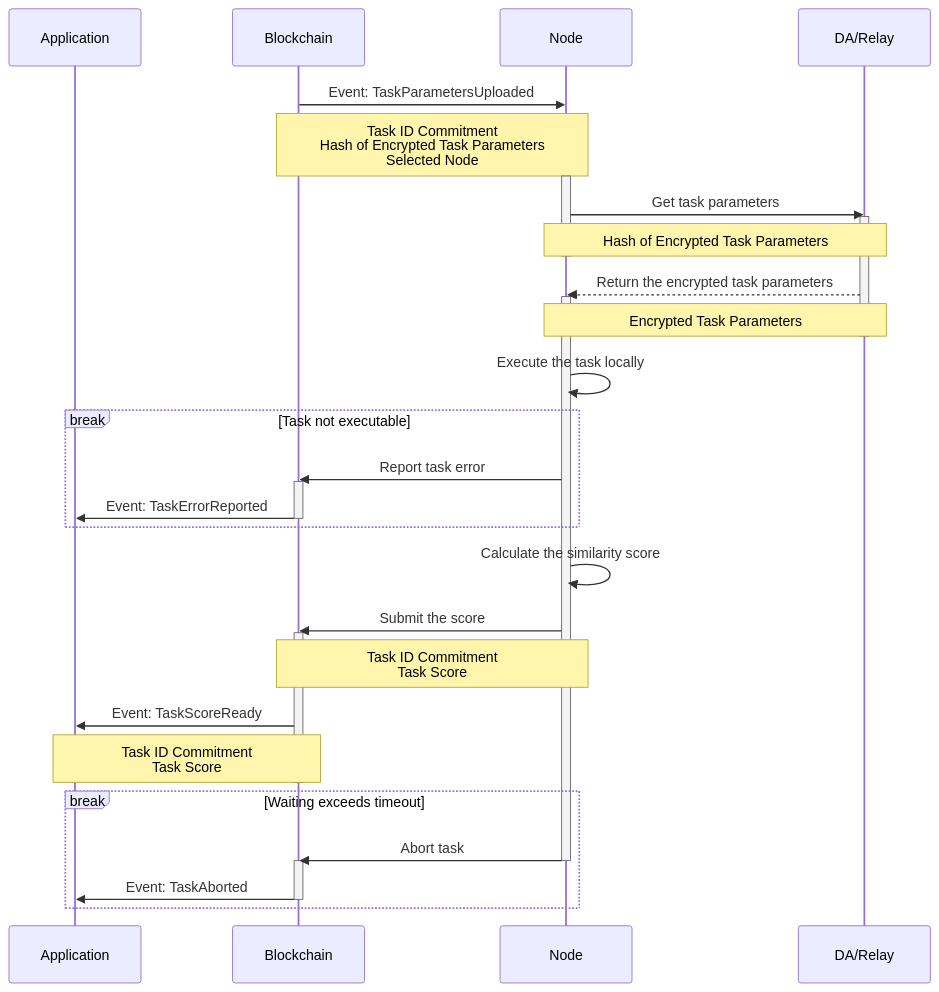
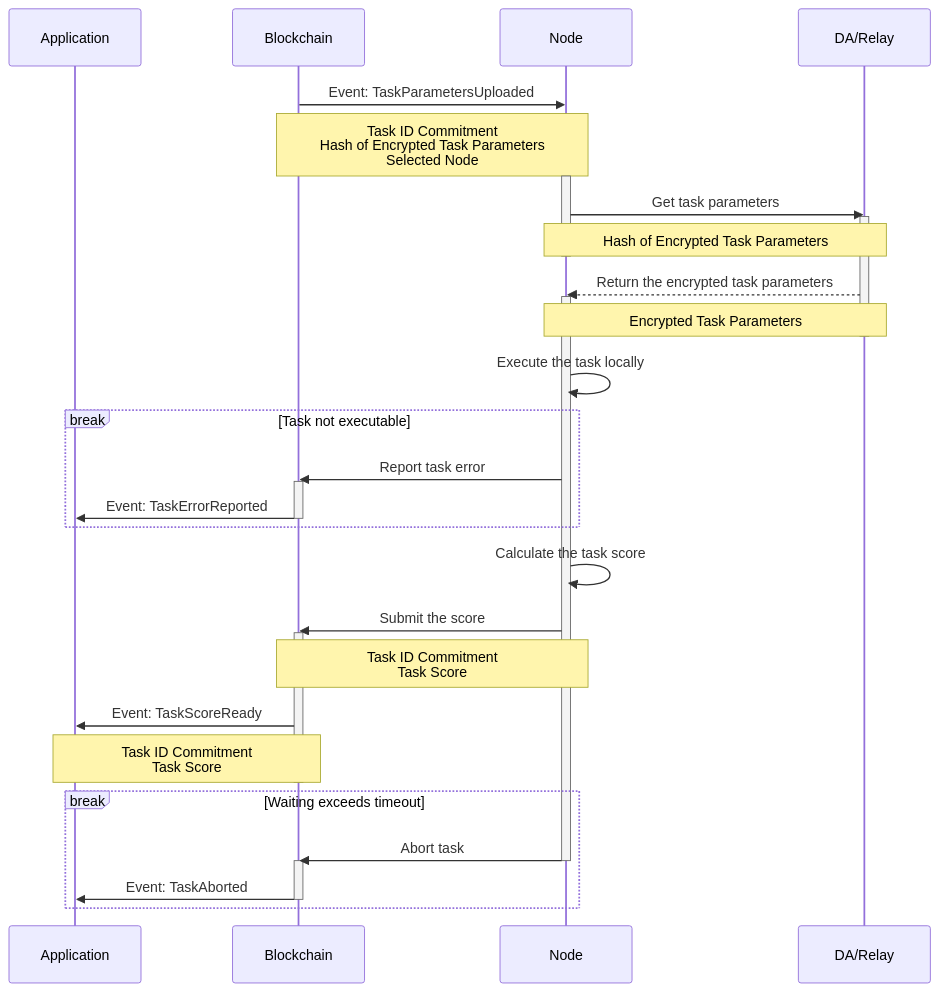
The third of 5 diagrams in gitbook/system-design/task-lifecycle.md (crynux-ai/documentation), drawn with Mermaid before and after one commit. The commit also changed other lines of this file, not shown here.

````diff
--- a/gitbook/system-design/task-lifecycle.md
+++ b/gitbook/system-design/task-lifecycle.md
@@ -211,46 +211,46 @@
 ```mermaid
 sequenceDiagram
     Participant A as Application
     Participant B as Blockchain
     Participant N as Node
     Participant R as DA/Relay
 
     B ->> N: Event: TaskParametersUploaded
     Note over B,N: Task ID Commitment<br/>Hash of Encrypted Task Parameters<br/>Selected Node
     activate N
     N ->> R: Get task parameters
     activate R
     Note over N,R: Hash of Encrypted Task Parameters
     deactivate N
     
     R -->> N: Return the encrypted task parameters
     activate N
     Note over N,R: Encrypted Task Parameters
     deactivate R
     
     N ->> N: Execute the task locally
 
     break Task not executable
         N ->> B: Report task error
         activate B
         B ->> A: Event: TaskErrorReported
         deactivate B
     end
     
-    N ->> N: Calculate the similarity score
+    N ->> N: Calculate the task score
     N ->> B: Submit the score
     activate B
     Note over N,B: Task ID Commitment<br/>Task Score
     B ->> A: Event: TaskScoreReady
     Note over A,B: Task ID Commitment<br/>Task Score
     deactivate B
 
     break Waiting exceeds timeout
         N ->> B: Abort task
         deactivate N
         activate B
         B ->> A: Event: TaskAborted
         deactivate B
     end
 
 ```
````
